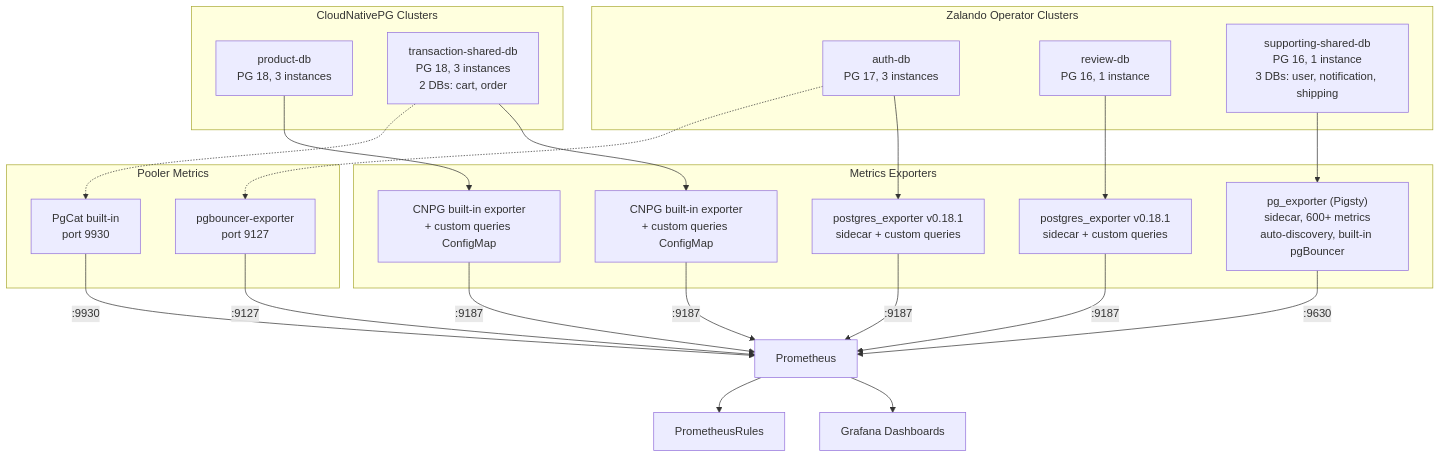
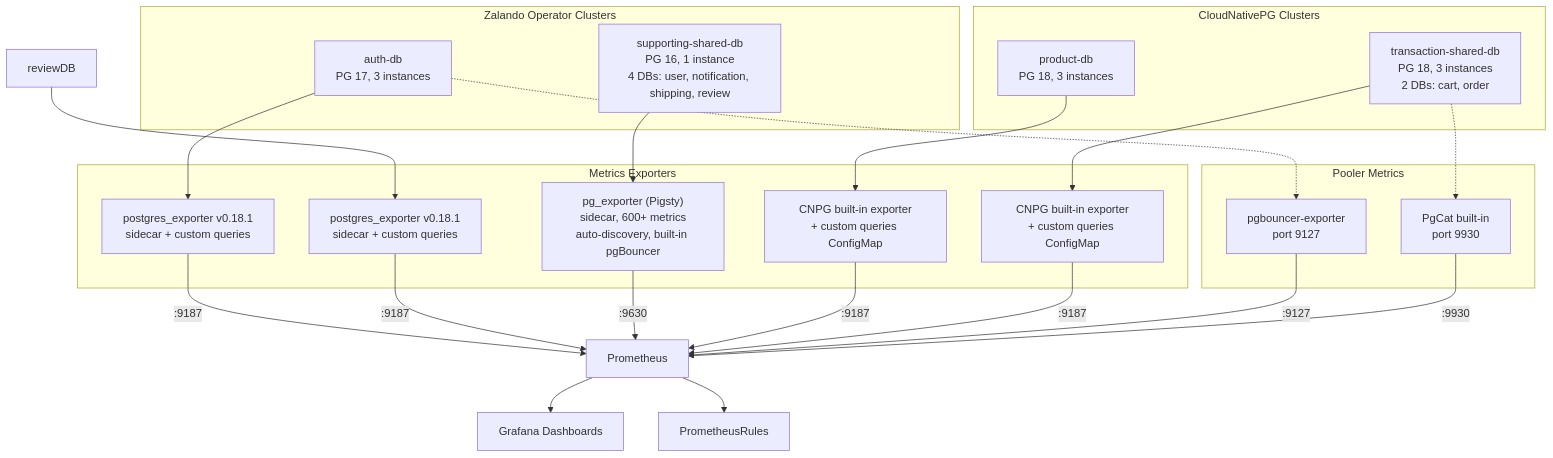
The diagram in docs/observability/metrics/postgresql-monitoring.md (duynhlab/homelab), drawn with Mermaid before and after one commit. The commit also changed other lines of this file and 12 other files, not shown here.

````diff
--- a/docs/observability/metrics/postgresql-monitoring.md
+++ b/docs/observability/metrics/postgresql-monitoring.md
@@ -5,46 +5,45 @@
 ```mermaid
 flowchart TD
     subgraph zalando [Zalando Operator Clusters]
         authDB["auth-db<br/>PG 17, 3 instances"]
-        reviewDB["review-db<br/>PG 16, 1 instance"]
-        supportDB["supporting-shared-db<br/>PG 16, 1 instance<br/>3 DBs: user, notification, shipping"]
+        supportDB["supporting-shared-db<br/>PG 16, 1 instance<br/>4 DBs: user, notification, shipping, review"]
     end
 
     subgraph cnpg [CloudNativePG Clusters]
         productDB["product-db<br/>PG 18, 3 instances"]
         transDB["transaction-shared-db<br/>PG 18, 3 instances<br/>2 DBs: cart, order"]
     end
 
     subgraph exporters [Metrics Exporters]
         pgExp1["postgres_exporter v0.18.1<br/>sidecar + custom queries"]
         pgExp2["postgres_exporter v0.18.1<br/>sidecar + custom queries"]
         pigsty["pg_exporter (Pigsty)<br/>sidecar, 600+ metrics<br/>auto-discovery, built-in pgBouncer"]
         cnpgBuiltin1["CNPG built-in exporter<br/>+ custom queries ConfigMap"]
         cnpgBuiltin2["CNPG built-in exporter<br/>+ custom queries ConfigMap"]
     end
 
     authDB --> pgExp1
     reviewDB --> pgExp2
     supportDB --> pigsty
     productDB --> cnpgBuiltin1
     transDB --> cnpgBuiltin2
 
     subgraph poolerMetrics [Pooler Metrics]
         pgbExporter["pgbouncer-exporter<br/>port 9127"]
         pgcatMetrics["PgCat built-in<br/>port 9930"]
     end
 
     authDB -.-> pgbExporter
     transDB -.-> pgcatMetrics
 
     pgExp1 -->|":9187"| prom["Prometheus"]
     pgExp2 -->|":9187"| prom
     pigsty -->|":9630"| prom
     cnpgBuiltin1 -->|":9187"| prom
     cnpgBuiltin2 -->|":9187"| prom
     pgbExporter -->|":9127"| prom
     pgcatMetrics -->|":9930"| prom
 
     prom --> grafana["Grafana Dashboards"]
     prom --> alertRules["PrometheusRules"]
 ```
````
